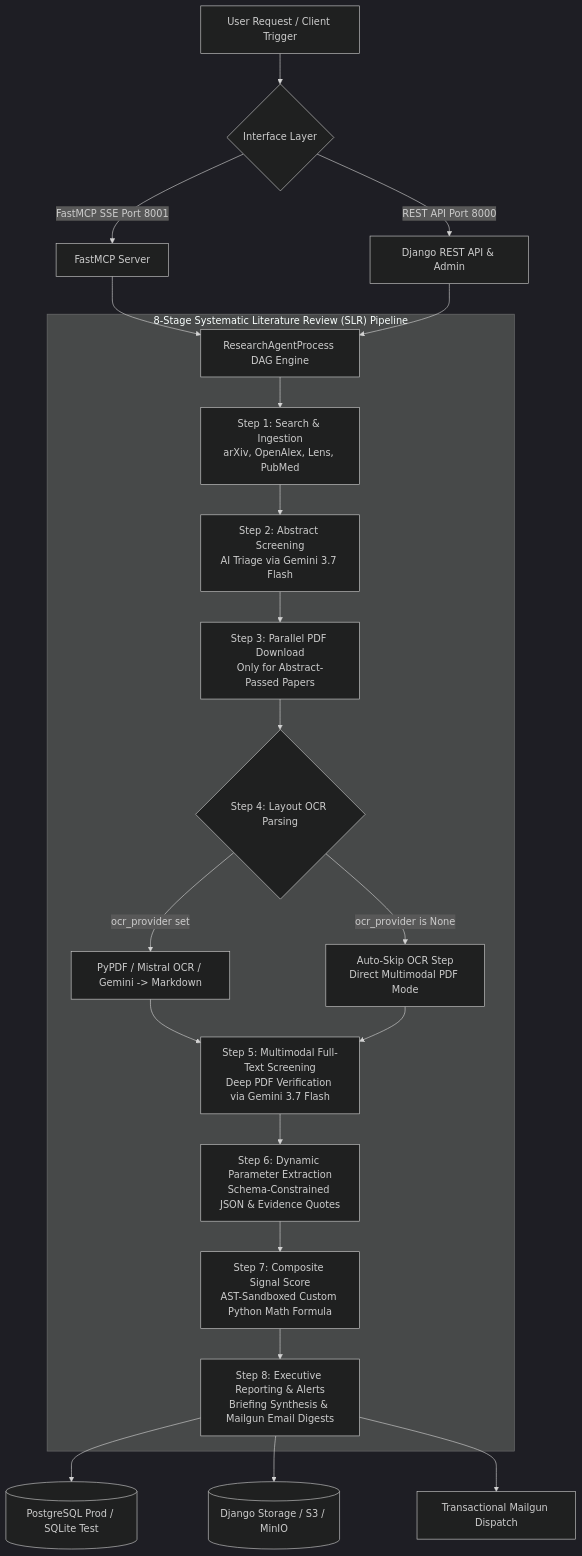
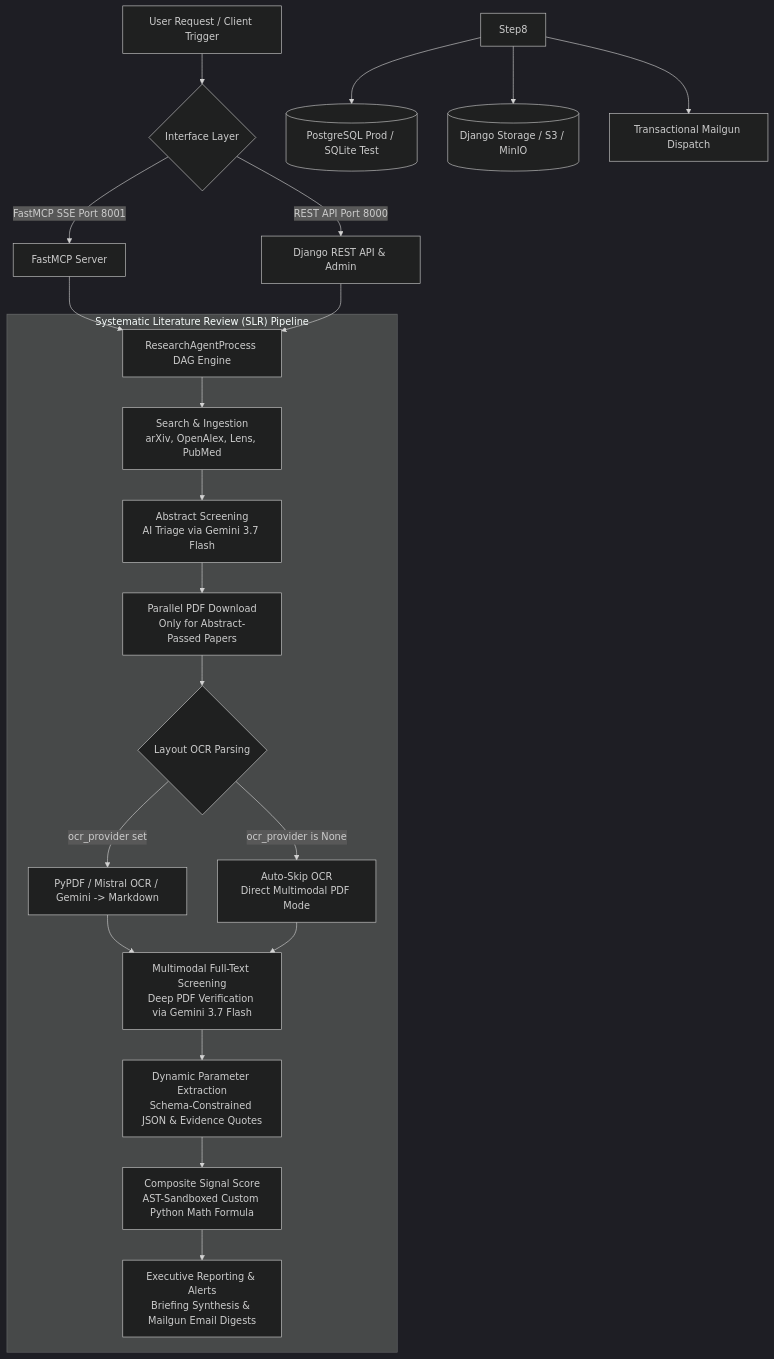
The first of 2 diagrams in README.md (p4ku/research-intelligence), drawn with Mermaid (dark theme) before and after one commit. The commit also changed other lines of this file and 25 other files, not shown here.

````diff
--- a/README.md
+++ b/README.md
@@ -14,28 +14,28 @@
 ```mermaid
 graph TD
     UserQuery[User Request / Client Trigger] --> InterfaceLayer{Interface Layer}
     InterfaceLayer -->|FastMCP SSE Port 8001| FastMCP[FastMCP Server]
     InterfaceLayer -->|REST API Port 8000| DRF[Django REST API & Admin]
     
     FastMCP --> AgentEngine[ResearchAgentProcess DAG Engine]
     DRF --> AgentEngine
     
-    subgraph PipelineExecution ["8-Stage Systematic Literature Review (SLR) Pipeline"]
-        AgentEngine --> Step1[Step 1: Search & Ingestion<br/>arXiv, OpenAlex, Lens, PubMed]
-        Step1 --> Step2[Step 2: Abstract Screening<br/>AI Triage via Gemini 3.7 Flash]
-        Step2 --> Step3[Step 3: Parallel PDF Download<br/>Only for Abstract-Passed Papers]
-        Step3 --> Step4{Step 4: Layout OCR Parsing}
-        Step4 -->|ocr_provider set| PyPDF_Mistral[PyPDF / Mistral OCR / Gemini -> Markdown]
-        Step4 -->|ocr_provider is None| SkipOCR[Auto-Skip OCR Step<br/>Direct Multimodal PDF Mode]
-        PyPDF_Mistral --> Step5
-        SkipOCR --> Step5
-        Step5[Step 5: Multimodal Full-Text Screening<br/>Deep PDF Verification via Gemini 3.7 Flash]
-        Step5 --> Step6[Step 6: Dynamic Parameter Extraction<br/>Schema-Constrained JSON & Evidence Quotes]
-        Step6 --> Step7[Step 7: Composite Signal Score<br/>AST-Sandboxed Custom Python Math Formula]
-        Step7 --> Step8[Step 8: Executive Reporting & Alerts<br/>Briefing Synthesis & Mailgun Email Digests]
+    subgraph PipelineExecution ["Systematic Literature Review (SLR) Pipeline"]
+        AgentEngine --> SearchStep[Search & Ingestion<br/>arXiv, OpenAlex, Lens, PubMed]
+        SearchStep --> AbstractScreening[Abstract Screening<br/>AI Triage via Gemini 3.7 Flash]
+        AbstractScreening --> DownloadStep[Parallel PDF Download<br/>Only for Abstract-Passed Papers]
+        DownloadStep --> OCRCheck{Layout OCR Parsing}
+        OCRCheck -->|ocr_provider set| PyPDF_Mistral[PyPDF / Mistral OCR / Gemini -> Markdown]
+        OCRCheck -->|ocr_provider is None| SkipOCR[Auto-Skip OCR<br/>Direct Multimodal PDF Mode]
+        PyPDF_Mistral --> FullTextScreening
+        SkipOCR --> FullTextScreening
+        FullTextScreening[Multimodal Full-Text Screening<br/>Deep PDF Verification via Gemini 3.7 Flash]
+        FullTextScreening --> ExtractionStep[Dynamic Parameter Extraction<br/>Schema-Constrained JSON & Evidence Quotes]
+        ExtractionStep --> SignalScoreStep[Composite Signal Score<br/>AST-Sandboxed Custom Python Math Formula]
+        SignalScoreStep --> ReportingStep[Executive Reporting & Alerts<br/>Briefing Synthesis & Mailgun Email Digests]
     end
     
     Step8 --> DB[(PostgreSQL Prod / SQLite Test)]
     Step8 --> Storage[(Django Storage / S3 / MinIO)]
     Step8 --> EmailNotifier[Transactional Mailgun Dispatch]
 ```
````
